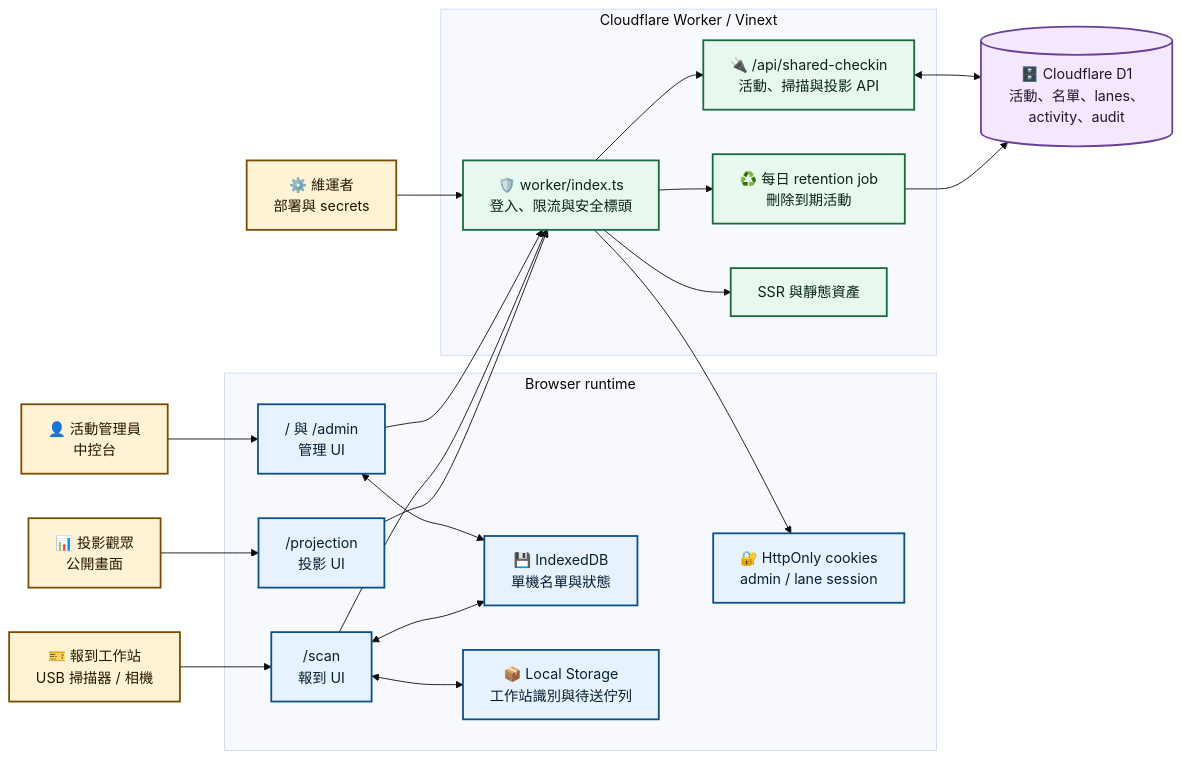
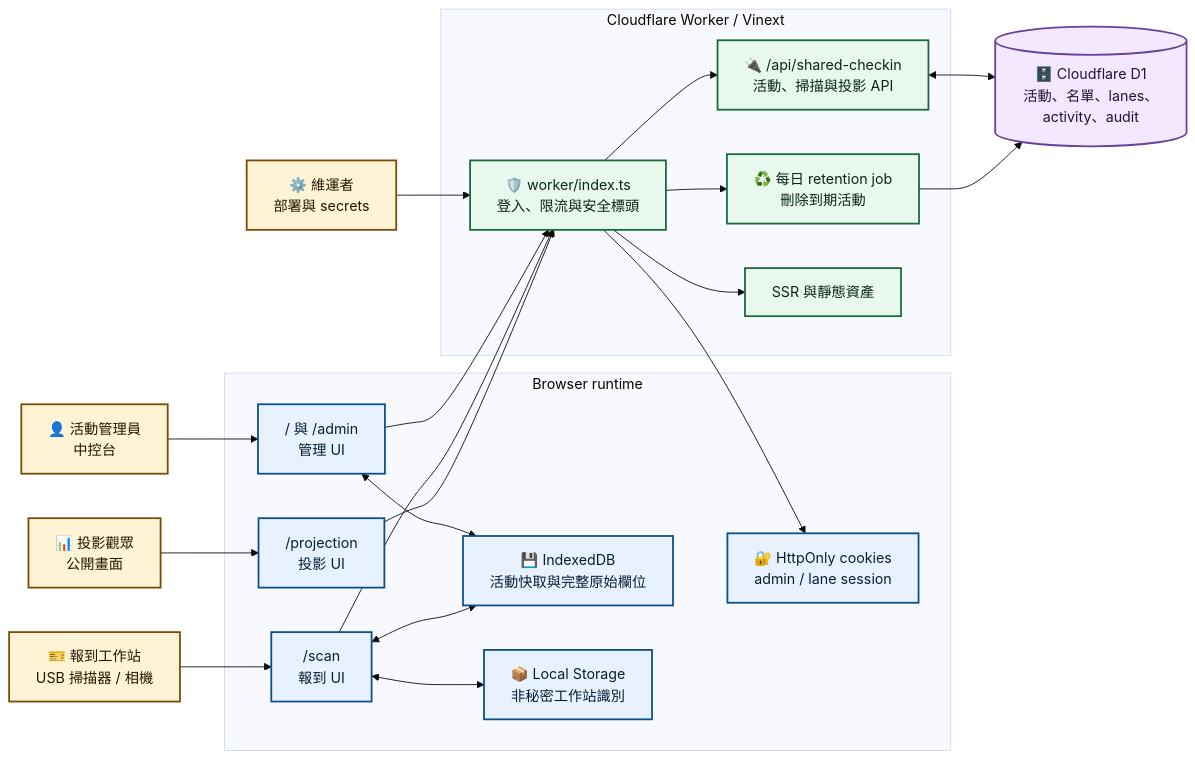
One commit to hlb/checkin-pod changed the diagram in docs/diagrams/architecture_01_flowchart_system_context.mmd. Above: the diagram before and after it, drawn with Mermaid (base theme). The commit also changed 19 other files, not shown here.

```diff
--- a/docs/diagrams/architecture_01_flowchart_system_context.mmd
+++ b/docs/diagrams/architecture_01_flowchart_system_context.mmd
@@ -1,50 +1,50 @@
 flowchart LR
     ADMIN["👤 活動管理員<br/>中控台"]
     LANE["🎫 報到工作站<br/>USB 掃描器 / 相機"]
     AUDIENCE["📊 投影觀眾<br/>公開畫面"]
     OPS["⚙️ 維運者<br/>部署與 secrets"]
 
     subgraph BROWSER["Browser runtime"]
         ADMIN_UI["/ 與 /admin<br/>管理 UI"]
         SCAN_UI["/scan<br/>報到 UI"]
         PROJECTION_UI["/projection<br/>投影 UI"]
-        IDB["💾 IndexedDB<br/>單機名單與狀態"]
-        LOCAL["📦 Local Storage<br/>工作站識別與待送佇列"]
+        IDB["💾 IndexedDB<br/>活動快取與完整原始欄位"]
+        LOCAL["📦 Local Storage<br/>非秘密工作站識別"]
         COOKIES["🔐 HttpOnly cookies<br/>admin / lane session"]
     end
 
     subgraph EDGE["Cloudflare Worker / Vinext"]
         GATEWAY["🛡️ worker/index.ts<br/>登入、限流與安全標頭"]
         SHARED_API["🔌 /api/shared-checkin<br/>活動、掃描與投影 API"]
         RETENTION["♻️ 每日 retention job<br/>刪除到期活動"]
         ASSETS["SSR 與靜態資產"]
     end
 
     D1[("🗄️ Cloudflare D1<br/>活動、名單、lanes、activity、audit")]
 
     ADMIN --> ADMIN_UI
     LANE --> SCAN_UI
     AUDIENCE --> PROJECTION_UI
     OPS --> GATEWAY
     ADMIN_UI <--> IDB
     SCAN_UI <--> IDB
     SCAN_UI <--> LOCAL
     GATEWAY --> COOKIES
     ADMIN_UI --> GATEWAY
     SCAN_UI --> GATEWAY
     PROJECTION_UI --> GATEWAY
     GATEWAY --> SHARED_API
     GATEWAY --> RETENTION
     GATEWAY --> ASSETS
     SHARED_API <--> D1
     RETENTION --> D1
 
     classDef actor fill:#FFF3D6,stroke:#7A4B00,stroke-width:2px,color:#251700
     classDef browser fill:#E8F2FF,stroke:#0B4F8A,stroke-width:2px,color:#071E33
     classDef edge fill:#E8F8EE,stroke:#176B3A,stroke-width:2px,color:#092617
     classDef store fill:#F3E8FF,stroke:#68419B,stroke-width:2px,color:#241238
 
     class ADMIN,LANE,AUDIENCE,OPS actor
     class ADMIN_UI,SCAN_UI,PROJECTION_UI,IDB,LOCAL,COOKIES browser
     class GATEWAY,SHARED_API,RETENTION,ASSETS edge
     class D1 store
```
